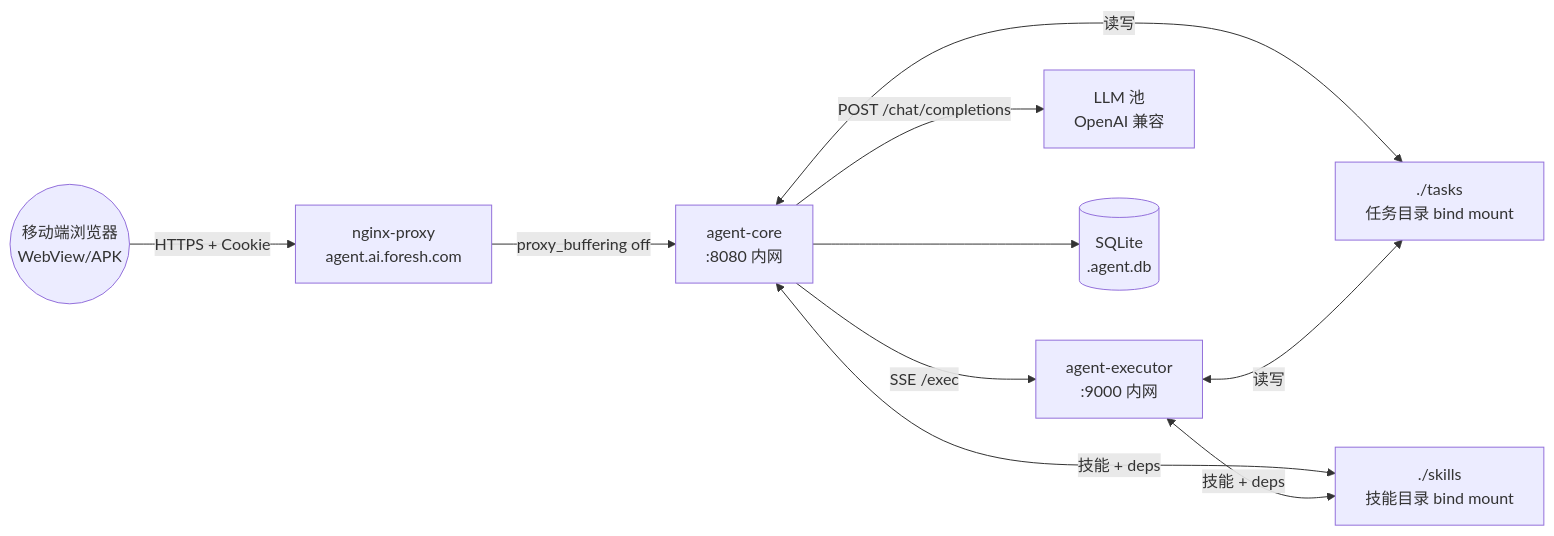
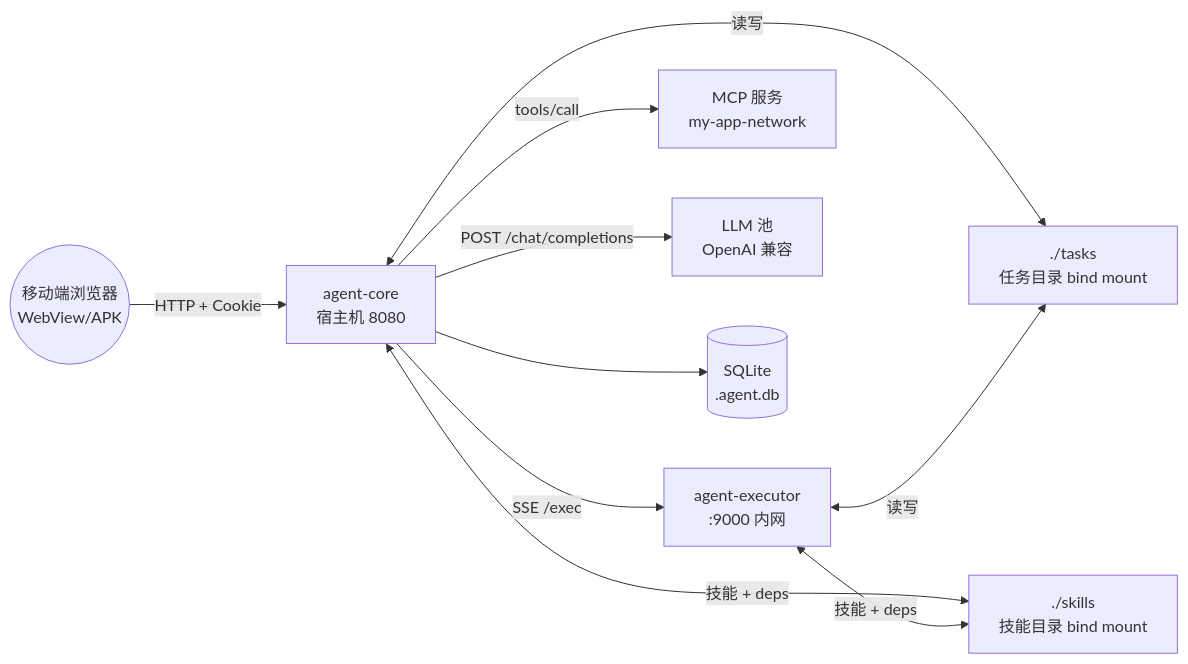
Before and after one commit to kicer/agent: the first of 5 diagrams in docs/ARCHITECTURE.md, drawn with Mermaid. The commit also changed other lines of this file and 5 other files, not shown here.

First line of the commit message:
部署：改为 IP:端口直连（无 nginx-proxy），同步配置模板与文档

````diff
--- a/docs/ARCHITECTURE.md
+++ b/docs/ARCHITECTURE.md
@@ -84,21 +84,21 @@
 ```mermaid
 graph LR
     Browser((移动端浏览器<br/>WebView/APK))
-    Nginx[nginx-proxy<br/>agent.ai.foresh.com]
-    Core[agent-core<br/>:8080 内网]
+    Core[agent-core<br/>宿主机 8080]
     Exec[agent-executor<br/>:9000 内网]
+    MCP[MCP 服务<br/>my-app-network]
     LLM[LLM 池<br/>OpenAI 兼容]
     Tasks[./tasks<br/>任务目录 bind mount]
     Skills[./skills<br/>技能目录 bind mount]
     DB[(SQLite<br/>.agent.db)]
 
-    Browser -->|HTTPS + Cookie| Nginx
-    Nginx -->|proxy_buffering off| Core
+    Browser -->|HTTP + Cookie| Core
     Core -->|SSE /exec| Exec
     Core -->|POST /chat/completions| LLM
+    Core -->|tools/call| MCP
     Core <-->|读写| Tasks
     Exec <-->|读写| Tasks
     Core <-->|技能 + deps| Skills
     Exec <-->|技能 + deps| Skills
     Core --> DB
 ```
````
